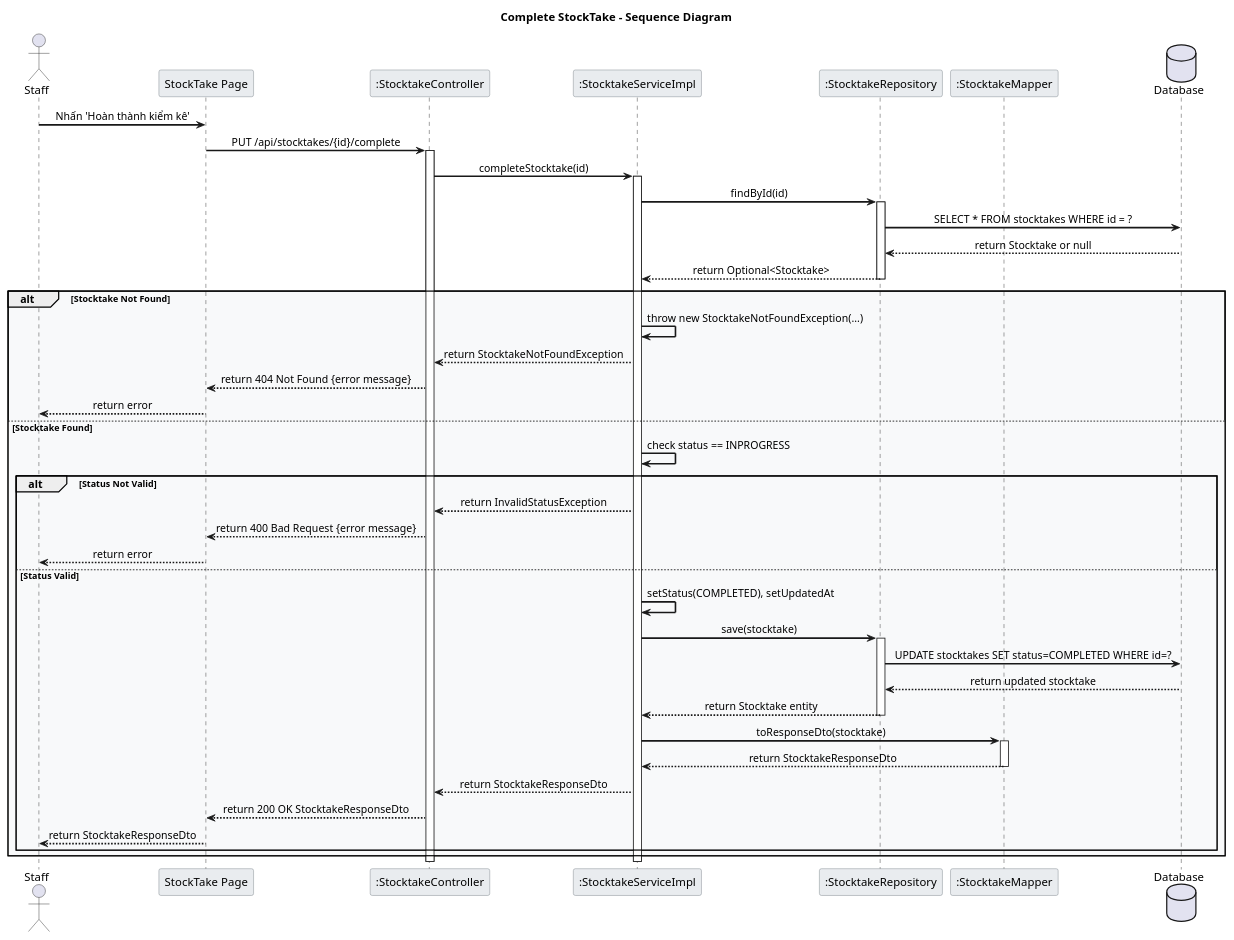
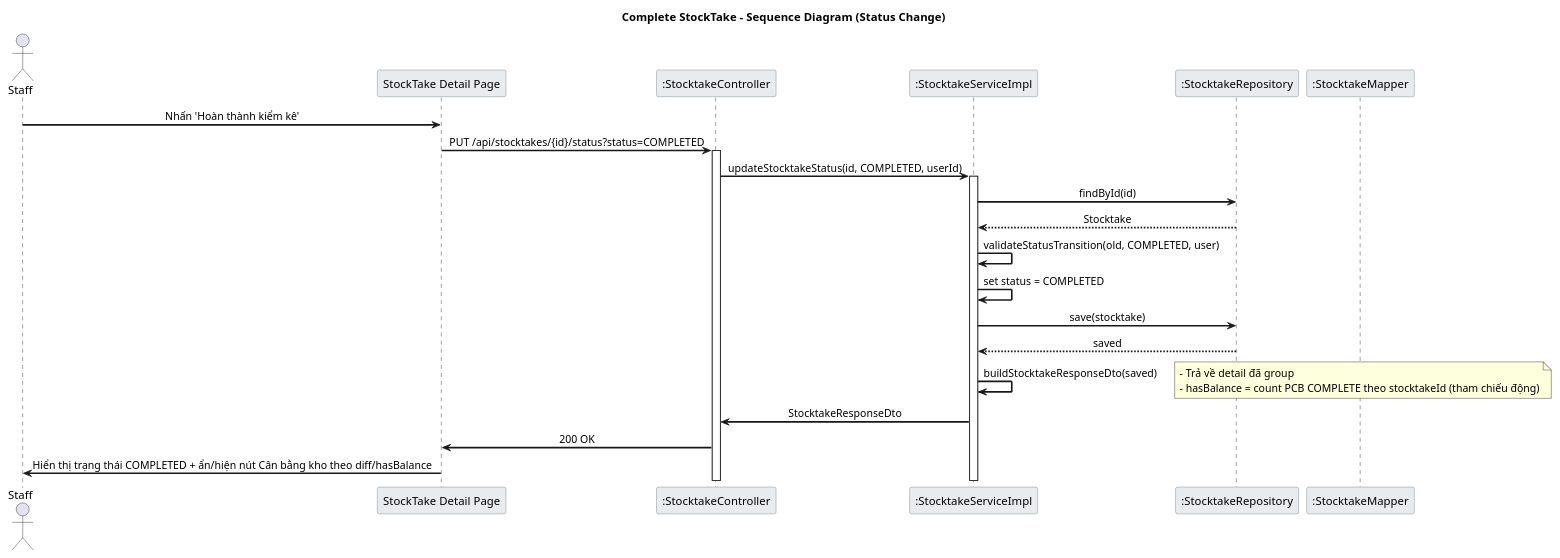
Before and after one commit to LamVNT/Farmovo: the diagram in Stocktake_Complete_Sequence.puml, drawn with PlantUML. The commit also changed 11 other files, not shown here.

```diff
--- a/Stocktake_Complete_Sequence.puml
+++ b/Stocktake_Complete_Sequence.puml
@@ -1,62 +1,40 @@
 @startuml Stocktake_Complete_Sequence
 
 skinparam backgroundColor white
 skinparam sequenceArrowThickness 2
 skinparam sequenceMessageAlign center
 skinparam sequenceGroupBodyBackgroundColor #F8F9FA
 skinparam sequenceParticipantBorderColor #6C757D
 skinparam sequenceParticipantBackgroundColor #E9ECEF
 skinparam sequenceLifeLineStroke dash
 
-title Complete StockTake - Sequence Diagram
+title Complete StockTake - Sequence Diagram (Status Change)
 
 actor Staff
-participant "StockTake Page" as UI
+participant "StockTake Detail Page" as UI
 participant ":StocktakeController" as CC
 participant ":StocktakeServiceImpl" as CS
 participant ":StocktakeRepository" as CR
 participant ":StocktakeMapper" as CM
-database "Database" as DB
 
 Staff -> UI : Nhấn 'Hoàn thành kiểm kê'
-UI -> CC : PUT /api/stocktakes/{id}/complete
+UI -> CC : PUT /api/stocktakes/{id}/status?status=COMPLETED
 activate CC
-CC -> CS : completeStocktake(id)
+CC -> CS : updateStocktakeStatus(id, COMPLETED, userId)
 activate CS
 CS -> CR : findById(id)
-activate CR
-CR -> DB : SELECT * FROM stocktakes WHERE id = ?
-DB --> CR : return Stocktake or null
-CR --> CS : return Optional<Stocktake>
-deactivate CR
-alt Stocktake Not Found
-    CS -> CS : throw new StocktakeNotFoundException(...)
-    CS --> CC : return StocktakeNotFoundException
-    CC --> UI : return 404 Not Found {error message}
-    UI --> Staff : return error
-else Stocktake Found
-    CS -> CS : check status == INPROGRESS
-    alt Status Not Valid
-        CS --> CC : return InvalidStatusException
-        CC --> UI : return 400 Bad Request {error message}
-        UI --> Staff : return error
-    else Status Valid
-        CS -> CS : setStatus(COMPLETED), setUpdatedAt
-        CS -> CR : save(stocktake)
-        activate CR
-        CR -> DB : UPDATE stocktakes SET status=COMPLETED WHERE id=?
-        DB --> CR : return updated stocktake
-        CR --> CS : return Stocktake entity
-        deactivate CR
-        CS -> CM : toResponseDto(stocktake)
-        activate CM
-        CM --> CS : return StocktakeResponseDto
-        deactivate CM
-        CS --> CC : return StocktakeResponseDto
-        CC --> UI : return 200 OK StocktakeResponseDto
-        UI --> Staff : return StocktakeResponseDto
-    end
-end
-deactivate CS
-deactivate CC
+CR --> CS : Stocktake
+CS -> CS : validateStatusTransition(old, COMPLETED, user)
+CS -> CS : set status = COMPLETED
+CS -> CR : save(stocktake)
+CR --> CS : saved
+CS -> CS : buildStocktakeResponseDto(saved)
+note right
+  - Trả về detail đã group
+  - hasBalance = count PCB COMPLETE theo stocktakeId (tham chiếu động)
+end note
+CS -> CC : StocktakeResponseDto
+CC -> UI : 200 OK
+UI -> Staff : Hiển thị trạng thái COMPLETED + ẩn/hiện nút Cân bằng kho theo diff/hasBalance
+
 @enduml 
```
